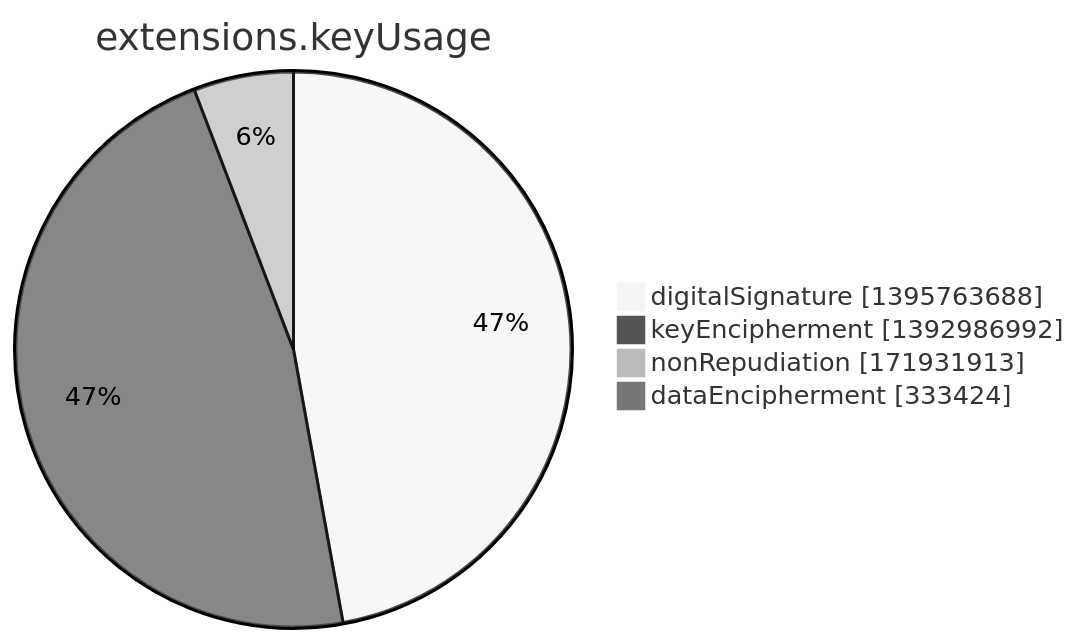
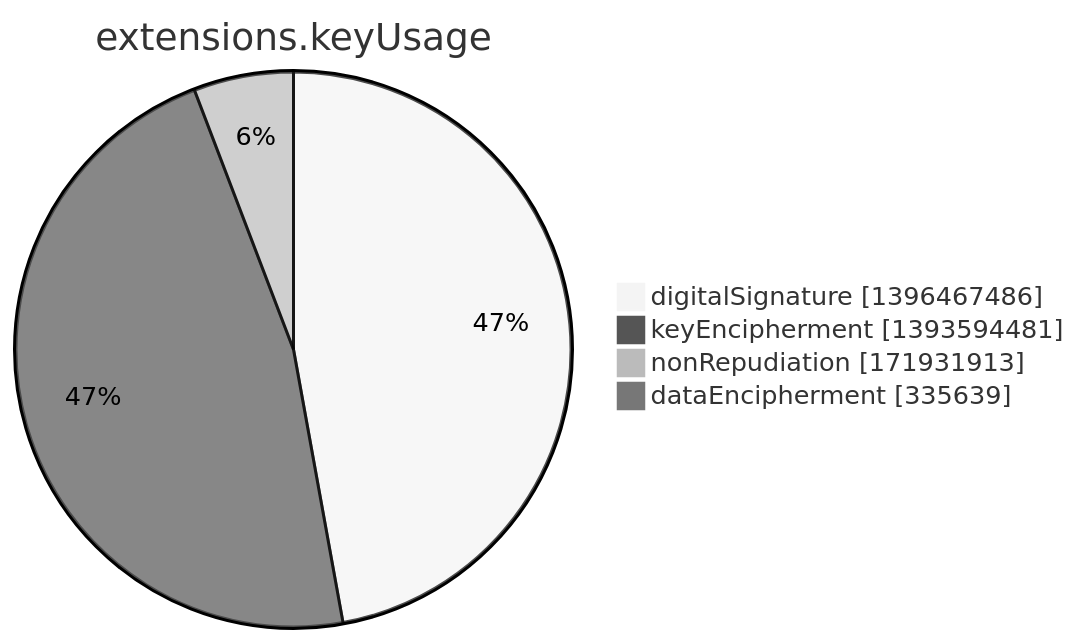
One commit to christiankrug/ctmonitor_visualization changed the seventh of 15 diagrams in argon2022/README.md. Above: the diagram before and after it, drawn with Mermaid (neutral theme). The commit also changed other lines of this file, not shown here.

````diff
--- a/argon2022/README.md
+++ b/argon2022/README.md
@@ -2751,8 +2751,8 @@
 ```mermaid
 pie showData
 title extensions.keyUsage
-"digitalSignature" :1395763688
-"keyEncipherment" :1392986992
+"digitalSignature" :1396467486
+"keyEncipherment" :1393594481
 "nonRepudiation" :171931913
-"dataEncipherment" :333424
+"dataEncipherment" :335639
 ```
````
